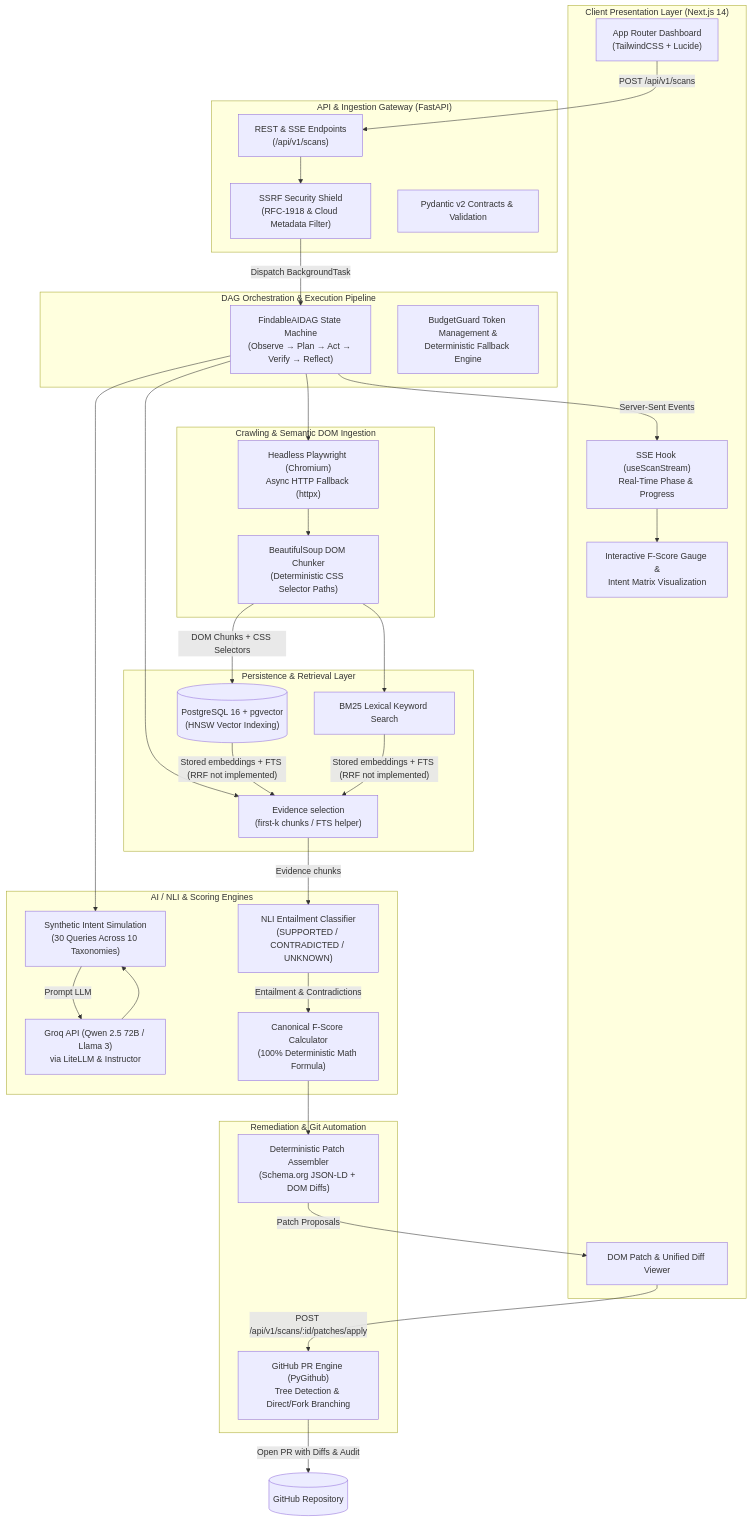
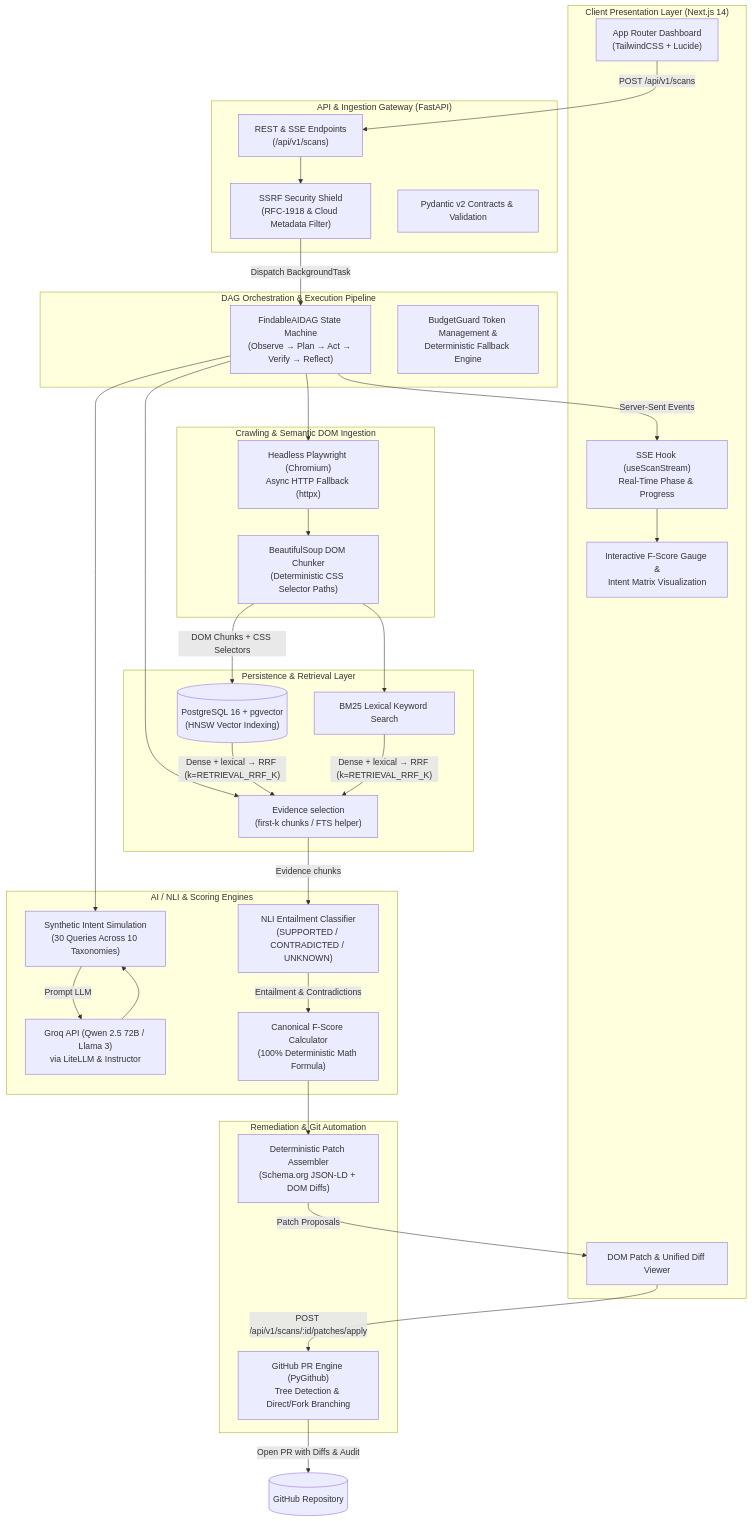
One commit to Chirag1724/FindableAI changed the first of 2 diagrams in README.md. Above: the diagram before and after it, drawn with Mermaid. The commit also changed other lines of this file and 33 other files, not shown here.

````diff
--- a/README.md
+++ b/README.md
@@ -131,69 +131,69 @@
 ```mermaid
 flowchart TB
     subgraph Client ["Client Presentation Layer (Next.js 14)"]
         UI["App Router Dashboard<br/>(TailwindCSS + Lucide)"]
         SSEHook["SSE Hook (useScanStream)<br/>Real-Time Phase & Progress"]
         ScoreUI["Interactive F-Score Gauge &<br/>Intent Matrix Visualization"]
         DiffView["DOM Patch & Unified Diff Viewer"]
     end
 
     subgraph Gateway ["API & Ingestion Gateway (FastAPI)"]
         Router["REST & SSE Endpoints<br/>(/api/v1/scans)"]
         SSRF["SSRF Security Shield<br/>(RFC-1918 & Cloud Metadata Filter)"]
         Pydantic["Pydantic v2 Contracts & Validation"]
     end
 
     subgraph Pipeline ["DAG Orchestration & Execution Pipeline"]
         DAG["FindableAIDAG State Machine<br/>(Observe → Plan → Act → Verify → Reflect)"]
         Budget["BudgetGuard Token Management &<br/>Deterministic Fallback Engine"]
     end
 
     subgraph Ingestion ["Crawling & Semantic DOM Ingestion"]
         Crawler["Headless Playwright (Chromium)<br/>Async HTTP Fallback (httpx)"]
         Chunker["BeautifulSoup DOM Chunker<br/>(Deterministic CSS Selector Paths)"]
     end
 
     subgraph Storage ["Persistence & Retrieval Layer"]
         PG[("PostgreSQL 16 + pgvector<br/>(HNSW Vector Indexing)")]
         BM25["BM25 Lexical Keyword Search"]
         RET["Evidence selection<br/>(first-k chunks / FTS helper)"]
     end
 
     subgraph AI ["AI / NLI & Scoring Engines"]
         Groq["Groq API (Qwen 2.5 72B / Llama 3)<br/>via LiteLLM & Instructor"]
         IntentGen["Synthetic Intent Simulation<br/>(30 Queries Across 10 Taxonomies)"]
         NLI["NLI Entailment Classifier<br/>(SUPPORTED / CONTRADICTED / UNKNOWN)"]
         Scorer["Canonical F-Score Calculator<br/>(100% Deterministic Math Formula)"]
     end
 
     subgraph Remediation ["Remediation & Git Automation"]
         PatchGen["Deterministic Patch Assembler<br/>(Schema.org JSON-LD + DOM Diffs)"]
         GitEngine["GitHub PR Engine (PyGithub)<br/>Tree Detection & Direct/Fork Branching"]
     end
 
     %% Connections
     UI -->|"POST /api/v1/scans"| Router
     Router --> SSRF
     SSRF -->|"Dispatch BackgroundTask"| DAG
     DAG -->|"Server-Sent Events"| SSEHook
     SSEHook --> ScoreUI
     
     DAG --> Crawler
     Crawler --> Chunker
     Chunker -->|"DOM Chunks + CSS Selectors"| PG
     Chunker --> BM25
 
     DAG --> IntentGen
     IntentGen -->|"Prompt LLM"| Groq
     Groq --> IntentGen
     
     DAG --> RET
-    PG & BM25 -->|"Stored embeddings + FTS (RRF not implemented)"| RET
+    PG & BM25 -->|"Dense + lexical → RRF (k=RETRIEVAL_RRF_K)"| RET
     RET -->|"Evidence chunks"| NLI
     NLI -->|"Entailment & Contradictions"| Scorer
     
     Scorer --> PatchGen
     PatchGen -->|"Patch Proposals"| DiffView
     DiffView -->|"POST /api/v1/scans/:id/patches/apply"| GitEngine
     GitEngine -->|"Open PR with Diffs & Audit"| GitHub[("GitHub Repository")]
 ```
````
